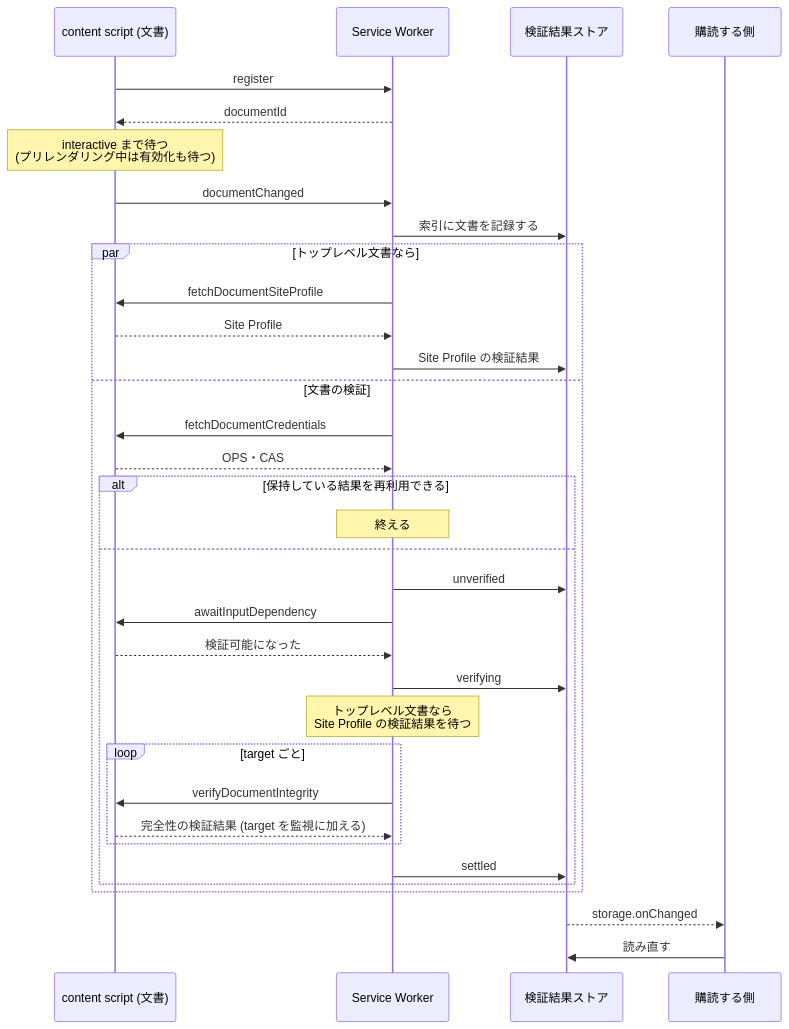
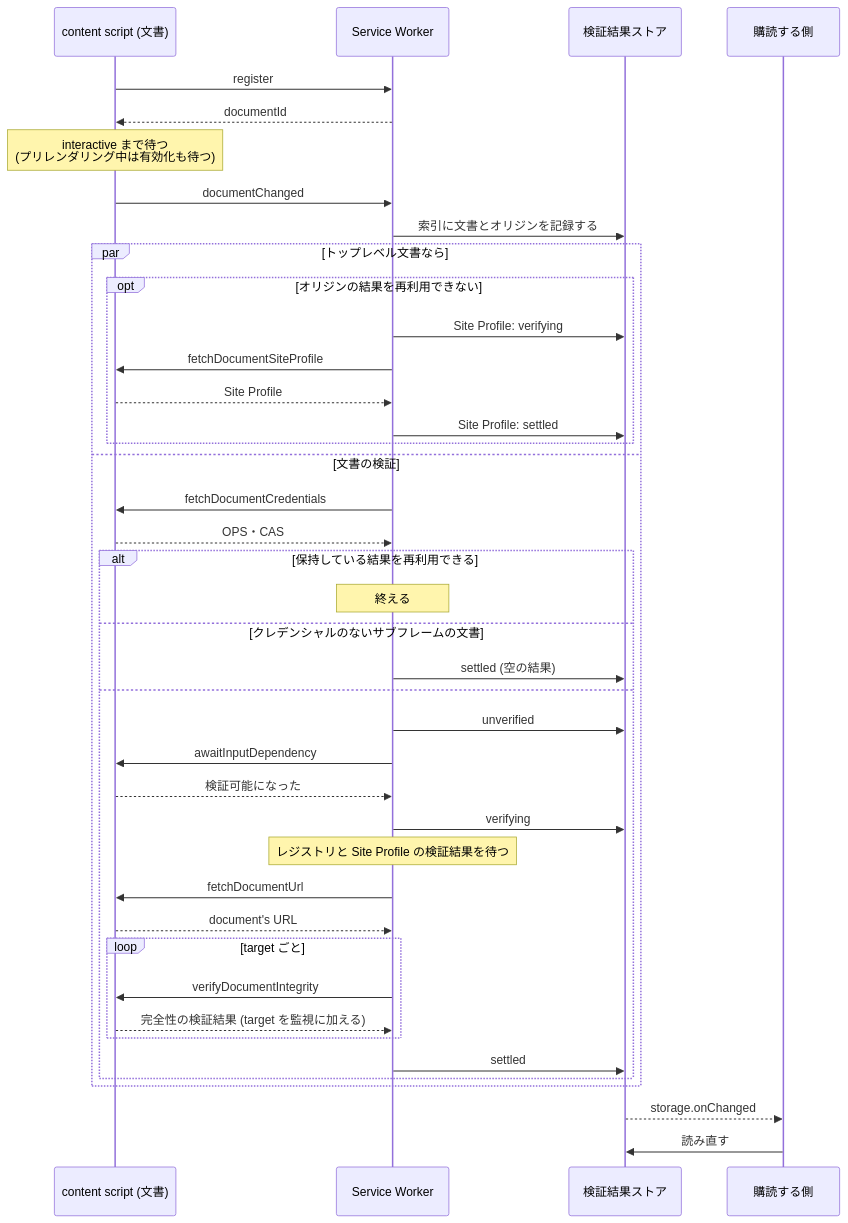
Before and after one commit to originator-profile/originator-profile: the first of 2 diagrams in packages/extension-common/src/verification/README.md, drawn with Mermaid. The commit also changed other lines of this file, not shown here.

````diff
--- a/packages/extension-common/src/verification/README.md
+++ b/packages/extension-common/src/verification/README.md
@@ -24,37 +24,44 @@
 ```mermaid
 sequenceDiagram
 participant CS as content script (文書)
 participant SW as Service Worker
 participant Store as 検証結果ストア
 participant Sub as 購読する側
 
 CS->>SW: register
 SW-->>CS: documentId
 Note over CS: interactive まで待つ<br/>(プリレンダリング中は有効化も待つ)
 CS->>SW: documentChanged
-SW->>Store: 索引に文書を記録する
+SW->>Store: 索引に文書とオリジンを記録する
 par トップレベル文書なら
-  SW->>CS: fetchDocumentSiteProfile
-  CS-->>SW: Site Profile
-  SW->>Store: Site Profile の検証結果
+  opt オリジンの結果を再利用できない
+    SW->>Store: Site Profile: verifying
+    SW->>CS: fetchDocumentSiteProfile
+    CS-->>SW: Site Profile
+    SW->>Store: Site Profile: settled
+  end
 and 文書の検証
   SW->>CS: fetchDocumentCredentials
   CS-->>SW: OPS・CAS
   alt 保持している結果を再利用できる
     Note over SW: 終える
+  else クレデンシャルのないサブフレームの文書
+    SW->>Store: settled (空の結果)
   else
     SW->>Store: unverified
     SW->>CS: awaitInputDependency
     CS-->>SW: 検証可能になった
     SW->>Store: verifying
-    Note over SW: トップレベル文書なら<br/>Site Profile の検証結果を待つ
+    Note over SW: レジストリと Site Profile の検証結果を待つ
+    SW->>CS: fetchDocumentUrl
+    CS-->>SW: document's URL
     loop target ごと
       SW->>CS: verifyDocumentIntegrity
       CS-->>SW: 完全性の検証結果 (target を監視に加える)
     end
     SW->>Store: settled
   end
 end
 Store-->>Sub: storage.onChanged
 Sub->>Store: 読み直す
 ```
````
